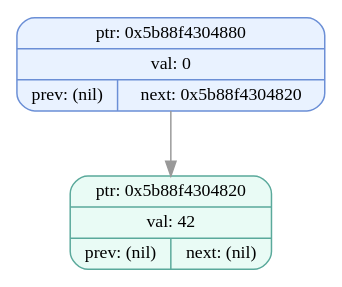
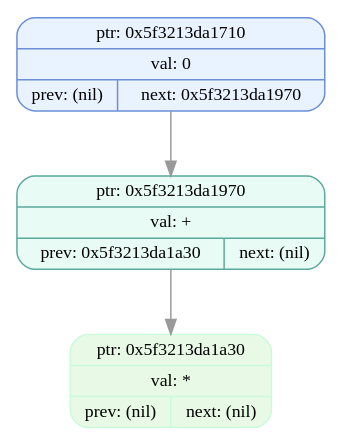
The diagram in dumps/tree_dump_001.dot (EvilTomato9890/Difference), drawn with Graphviz before and after one commit. The commit also changed 26 other files, not shown here.

```diff
--- a/dumps/tree_dump_001.dot
+++ b/dumps/tree_dump_001.dot
@@ -1,7 +1,9 @@
 digraph T{
   node [fontname="Fira Mono",shape=record,style="filled,rounded",fontsize=12];
   graph [splines=true, nodesep=0.6, ranksep=0.6];
-  node_0x5b88f4304880[shape=record,label="{ {ptr: 0x5b88f4304880} | {val: 0} | { prev: (nil) | next: 0x5b88f4304820 } }",color="#6b8fd6",fillcolor="#e9f2ff"];
-  node_0x5b88f4304820[shape=record,label="{ {ptr: 0x5b88f4304820} | {val: 42} | { prev: (nil) | next: (nil) } }",color="#5aa99b",fillcolor="#e9fbf5"];
-  node_0x5b88f4304880 -> node_0x5b88f4304820 [color="#999999"];
+  node_0x5f3213da1710[shape=record,label="{ {ptr: 0x5f3213da1710} | {val: 0} | { prev: (nil) | next: 0x5f3213da1970 } }",color="#6b8fd6",fillcolor="#e9f2ff"];
+  node_0x5f3213da1970[shape=record,label="{ {ptr: 0x5f3213da1970} | {val: +} | { prev: 0x5f3213da1a30 | next: (nil) } }",color="#5aa99b",fillcolor="#e9fbf5"];
+  node_0x5f3213da1a30[shape=record,label="{ {ptr: 0x5f3213da1a30} | {val: *} | { prev: (nil) | next: (nil) } }",color="#c9fbdbff",fillcolor="#e8f9e5ff"];
+  node_0x5f3213da1710 -> node_0x5f3213da1970 [color="#999999"];
+  node_0x5f3213da1970 -> node_0x5f3213da1a30 [color="#999999"];
 }
```
